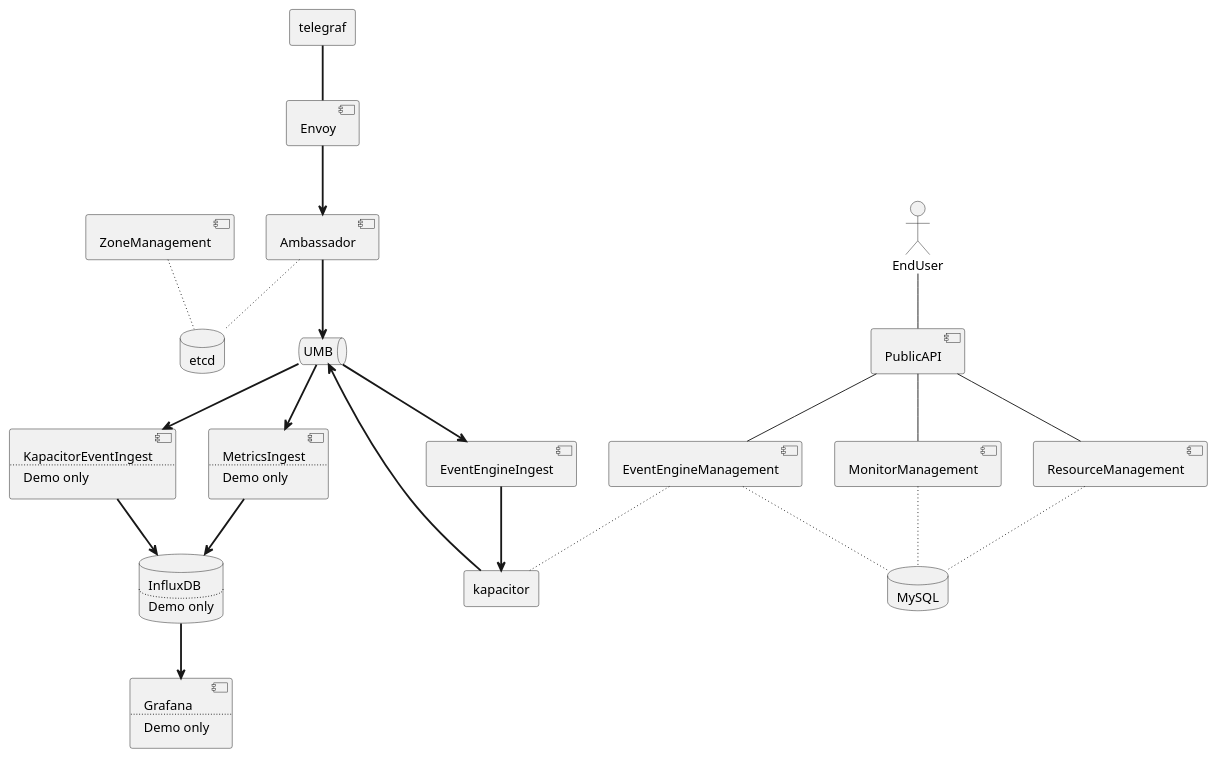
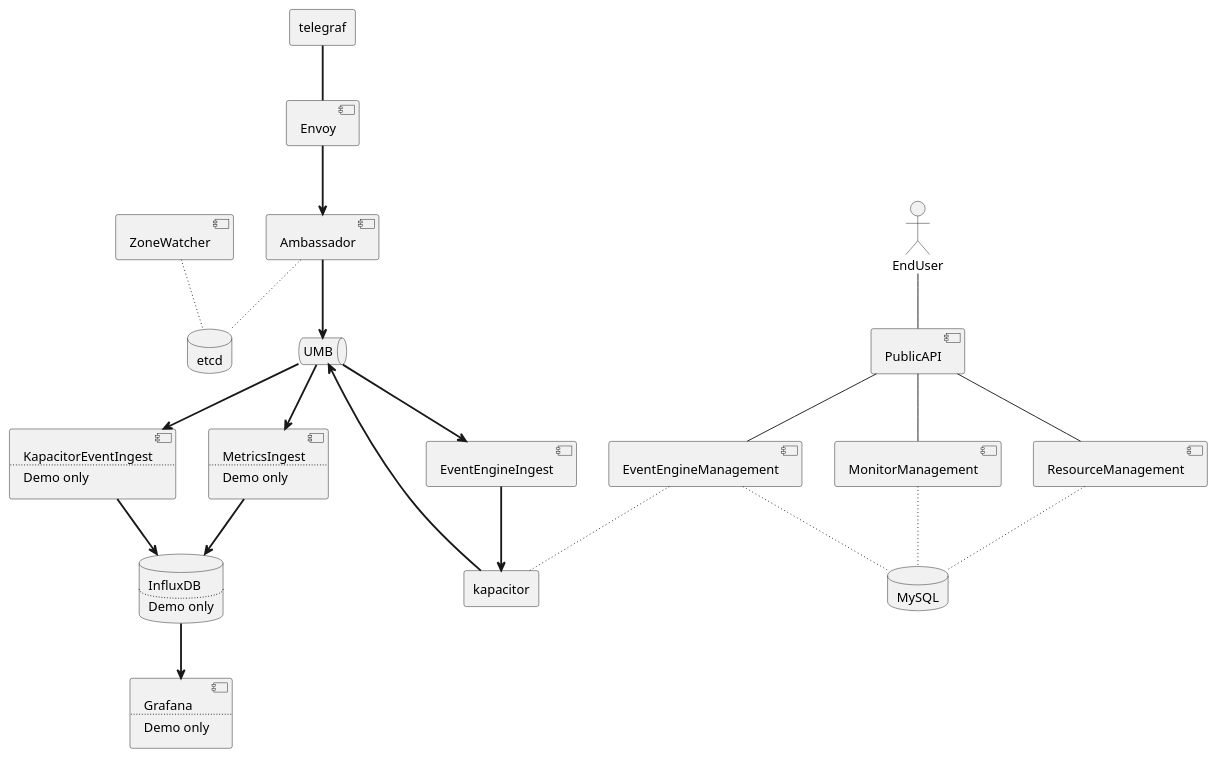
One commit to racker/salus-telemetry-bundle changed the diagram in docs/demo-components.plantuml. Above: the diagram before and after it, drawn with PlantUML. The commit also changed 1 other file, not shown here.

Commit message:
Updating for Zone Watcher rename

```diff
--- a/docs/demo-components.plantuml
+++ b/docs/demo-components.plantuml
@@ -1,63 +1,63 @@
 @startuml
 
 agent telegraf
 component Envoy
 component Ambassador
 component MonitorManagement
 component ResourceManagement
-component ZoneManagement
+component ZoneWatcher
 database MySQL
 database etcd
 component MetricsIngest [
 MetricsIngest
 ....
 Demo only
 ]
 component EventEngineIngest
 component EventEngineManagement
 component KapacitorEventIngest [
 KapacitorEventIngest
 ....
 Demo only
 ]
 agent kapacitor
 queue UMB
 database InfluxDB [
 InfluxDB
 ....
 Demo only
 ]
 component Grafana [
 Grafana
 ....
 Demo only
 ]
 actor EndUser
 component PublicAPI
 
 telegraf == Envoy
 Envoy ==> Ambassador
 Ambassador ==> UMB
 Ambassador ~~ etcd
-ZoneManagement ~~ etcd
+ZoneWatcher ~~ etcd
 UMB ==> EventEngineIngest
 UMB ==> MetricsIngest
 MetricsIngest ==> InfluxDB
 EventEngineIngest ==> kapacitor
 kapacitor ==> UMB
 UMB ==> KapacitorEventIngest
 KapacitorEventIngest ==> InfluxDB
 
 MonitorManagement ~~ MySQL
 ResourceManagement ~~ MySQL
 EventEngineManagement ~~ MySQL
 EventEngineManagement ~~ kapacitor
 
 InfluxDB ==> Grafana
 
 EndUser -- PublicAPI
 PublicAPI -- MonitorManagement
 PublicAPI -- ResourceManagement
 PublicAPI -- EventEngineManagement
 
 @enduml
```
